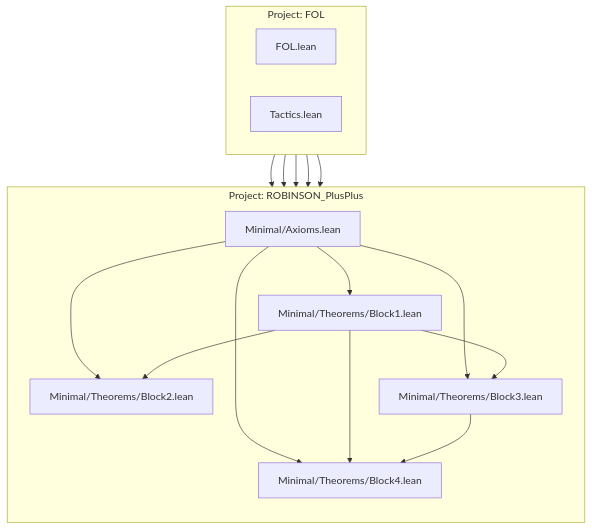
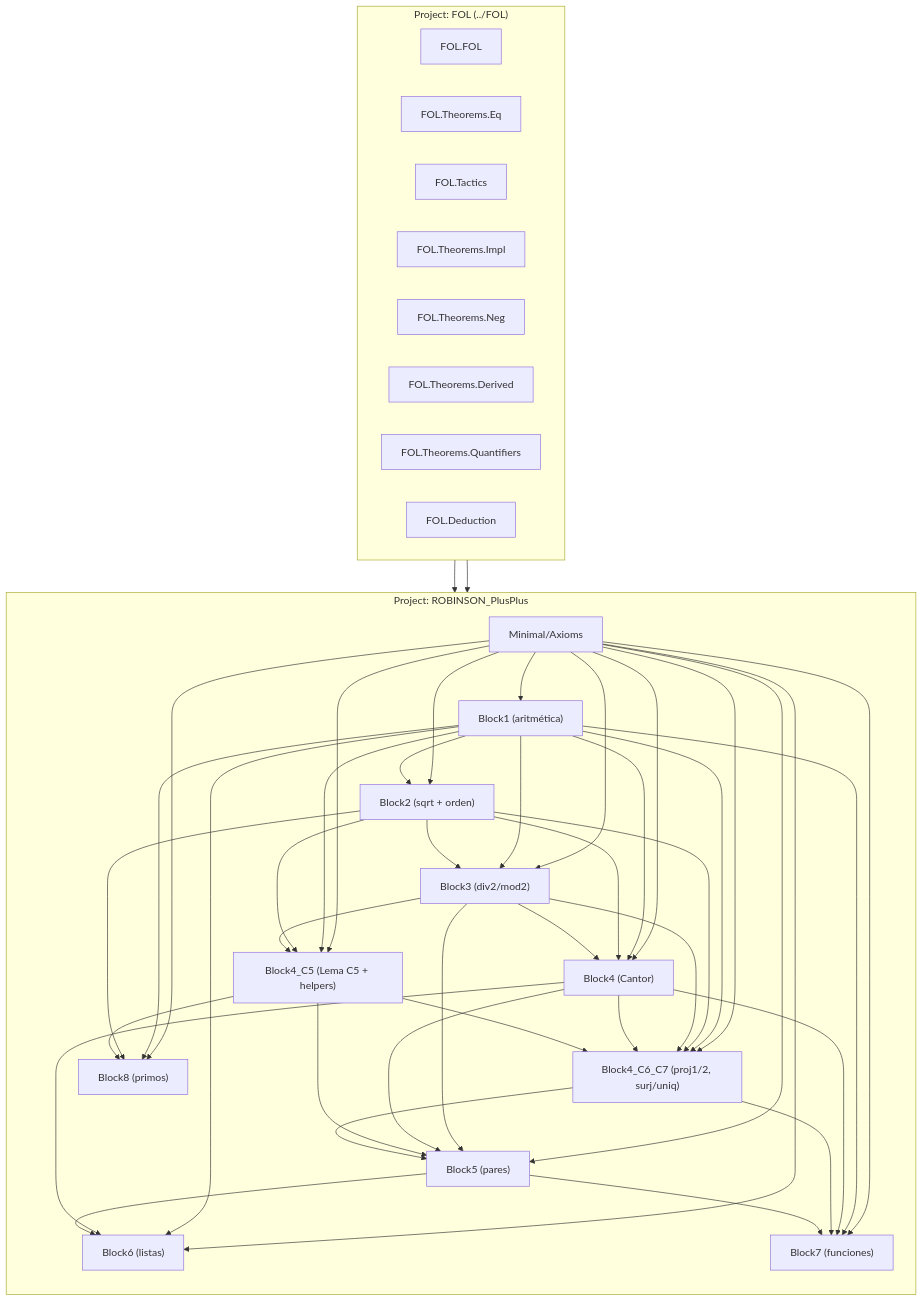
The diagram in DEPENDENCIES.md (julian1c2a/ROBINSON_PlusPlus), drawn with Mermaid before and after one commit. The commit also changed other lines of this file and 4 other files, not shown here.

````diff
--- a/DEPENDENCIES.md
+++ b/DEPENDENCIES.md
@@ -22,31 +39,70 @@
 ```mermaid
 graph TD
-    subgraph "Project: FOL"
+    subgraph FOL ["Project: FOL (../FOL)"]
         direction LR
-        FOL_FOL["FOL.lean"]
-        FOL_Tactics["Tactics.lean"]
+        FOL_FOL["FOL.FOL"]
+        FOL_Eq["FOL.Theorems.Eq"]
+        FOL_Tactics["FOL.Tactics"]
+        FOL_Impl["FOL.Theorems.Impl"]
+        FOL_Neg["FOL.Theorems.Neg"]
+        FOL_Derived["FOL.Theorems.Derived"]
+        FOL_Quant["FOL.Theorems.Quantifiers"]
+        FOL_Deduc["FOL.Deduction"]
     end
 
-    subgraph "Project: ROBINSON_PlusPlus"
+    subgraph RPP ["Project: ROBINSON_PlusPlus"]
         direction TB
-        Axioms["Minimal/Axioms.lean"]
-        Block1["Minimal/Theorems/Block1.lean"]
-        Block2["Minimal/Theorems/Block2.lean"]
-        Block3["Minimal/Theorems/Block3.lean"]
-        Block4["Minimal/Theorems/Block4.lean"]
+        Axioms["Minimal/Axioms"]
+        Block1["Block1 (aritmética)"]
+        Block2["Block2 (sqrt + orden)"]
+        Block3["Block3 (div2/mod2)"]
+        Block4["Block4 (Cantor)"]
+        Block4_C5["Block4_C5 (Lema C5 + helpers)"]
+        Block4_C6_C7["Block4_C6_C7 (proj1/2, surj/uniq)"]
+        Block5["Block5 (pares)"]
+        Block6["Block6 (listas)"]
+        Block7["Block7 (funciones)"]
+        Block8["Block8 (primos)"]
     end
 
     FOL_FOL --> Axioms
+    FOL_Eq --> Axioms
     Axioms --> Block1
     Axioms --> Block2
     Axioms --> Block3
     Axioms --> Block4
+    Axioms --> Block4_C5
+    Axioms --> Block4_C6_C7
+    Axioms --> Block5
+    Axioms --> Block6
+    Axioms --> Block7
+    Axioms --> Block8
     Block1 --> Block2
     Block1 --> Block3
     Block1 --> Block4
+    Block1 --> Block4_C5
+    Block1 --> Block4_C6_C7
+    Block1 --> Block6
+    Block1 --> Block7
+    Block1 --> Block8
+    Block2 --> Block3
+    Block2 --> Block4
+    Block2 --> Block4_C5
+    Block2 --> Block4_C6_C7
+    Block2 --> Block8
     Block3 --> Block4
-    FOL_Tactics --> Block1
-    FOL_Tactics --> Block2
-    FOL_Tactics --> Block3
-    FOL_Tactics --> Block4
+    Block3 --> Block4_C5
+    Block3 --> Block4_C6_C7
+    Block3 --> Block5
+    Block4 --> Block4_C6_C7
+    Block4 --> Block5
+    Block4 --> Block6
+    Block4 --> Block7
+    Block4_C5 --> Block4_C6_C7
+    Block4_C5 --> Block5
+    Block4_C5 --> Block8
+    Block4_C6_C7 --> Block5
+    Block4_C6_C7 --> Block7
+    Block5 --> Block6
+    Block5 --> Block7
 ```
````
